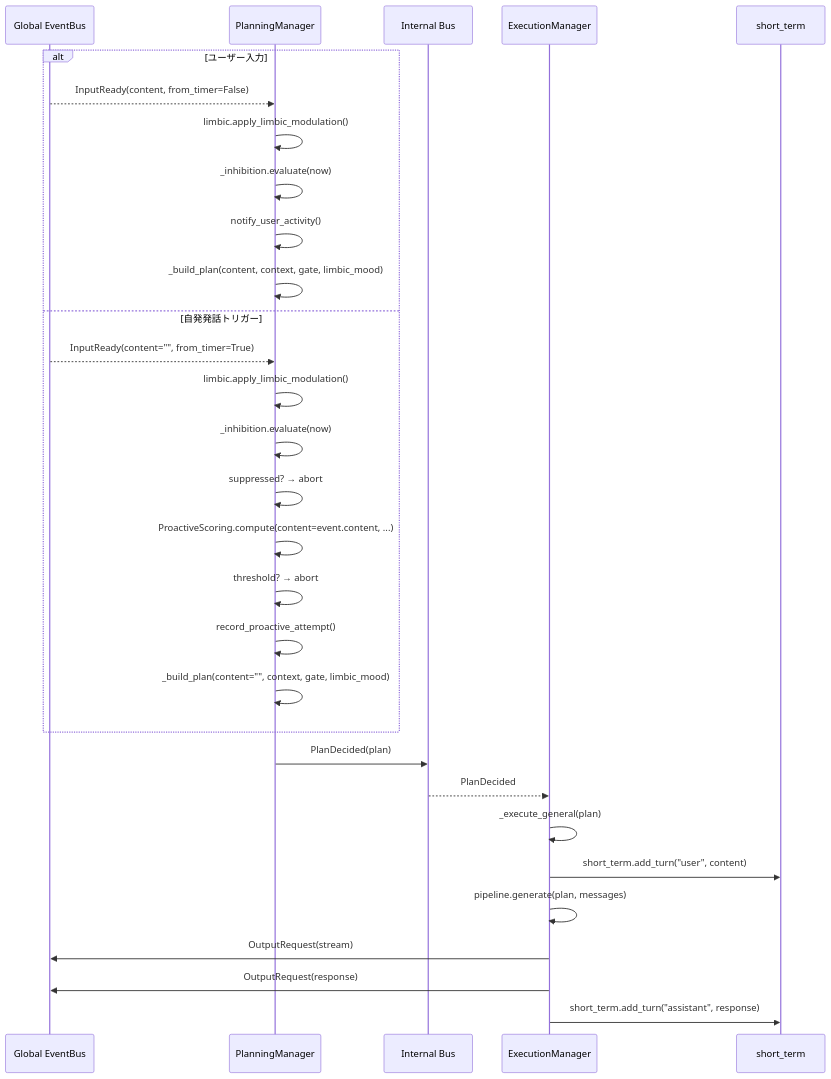
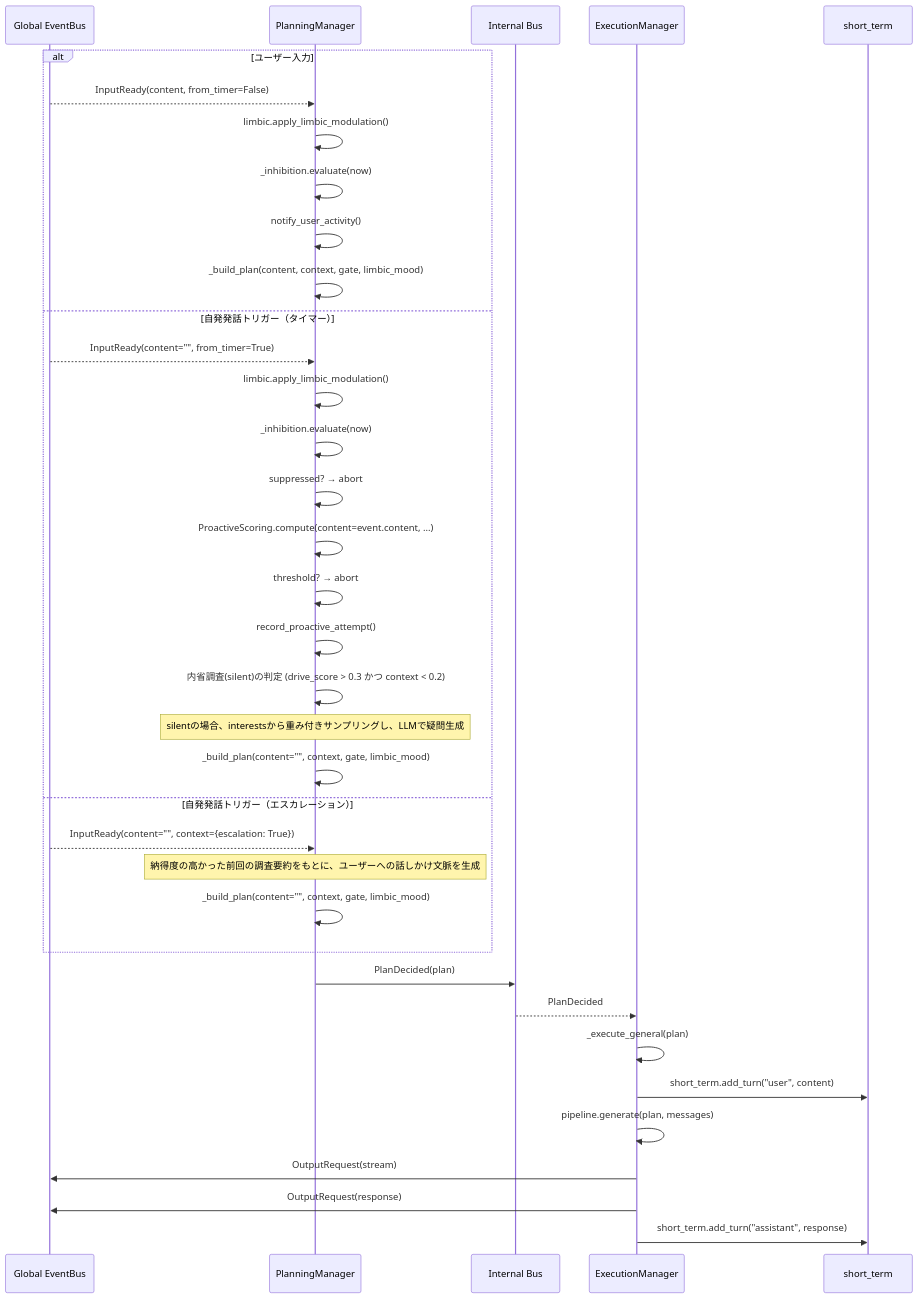
One commit to ibukani/iris-mind changed the first of 3 diagrams in docs/agency-layer.md. Above: the diagram before and after it, drawn with Mermaid. The commit also changed other lines of this file and 37 other files, not shown here.

````diff
--- a/docs/agency-layer.md
+++ b/docs/agency-layer.md
@@ -40,35 +40,42 @@
 ```mermaid
 sequenceDiagram
     participant EB as Global EventBus
     participant PL as PlanningManager
     participant IB as Internal Bus
     participant EX as ExecutionManager
     participant STM as short_term
 
     alt ユーザー入力
         EB-->>PL: InputReady(content, from_timer=False)
         PL->>PL: limbic.apply_limbic_modulation()
         PL->>PL: _inhibition.evaluate(now)
         PL->>PL: notify_user_activity()
         PL->>PL: _build_plan(content, context, gate, limbic_mood)
-    else 自発発話トリガー
+    else 自発発話トリガー（タイマー）
         EB-->>PL: InputReady(content="", from_timer=True)
         PL->>PL: limbic.apply_limbic_modulation()
         PL->>PL: _inhibition.evaluate(now)
         PL->>PL: suppressed? → abort
         PL->>PL: ProactiveScoring.compute(content=event.content, ...)
         PL->>PL: threshold? → abort
         PL->>PL: record_proactive_attempt()
+        PL->>PL: 内省調査(silent)の判定 (drive_score > 0.3 かつ context < 0.2)
+        Note over PL: silentの場合、interestsから重み付きサンプリングし、LLMで疑問生成
+        PL->>PL: _build_plan(content="", context, gate, limbic_mood)
+    else 自発発話トリガー（エスカレーション）
+        EB-->>PL: InputReady(content="", context={escalation: True})
+        Note over PL: 納得度の高かった前回の調査要約をもとに、ユーザーへの話しかけ文脈を生成
         PL->>PL: _build_plan(content="", context, gate, limbic_mood)
     end
+
 
     PL->>IB: PlanDecided(plan)
     IB-->>EX: PlanDecided
 
     EX->>EX: _execute_general(plan)
     EX->>STM: short_term.add_turn("user", content)  # Plan決定後に追加
     EX->>EX: pipeline.generate(plan, messages)
     EX->>EB: OutputRequest(stream)
     EX->>EB: OutputRequest(response)
     EX->>STM: short_term.add_turn("assistant", response)
 ```
````
